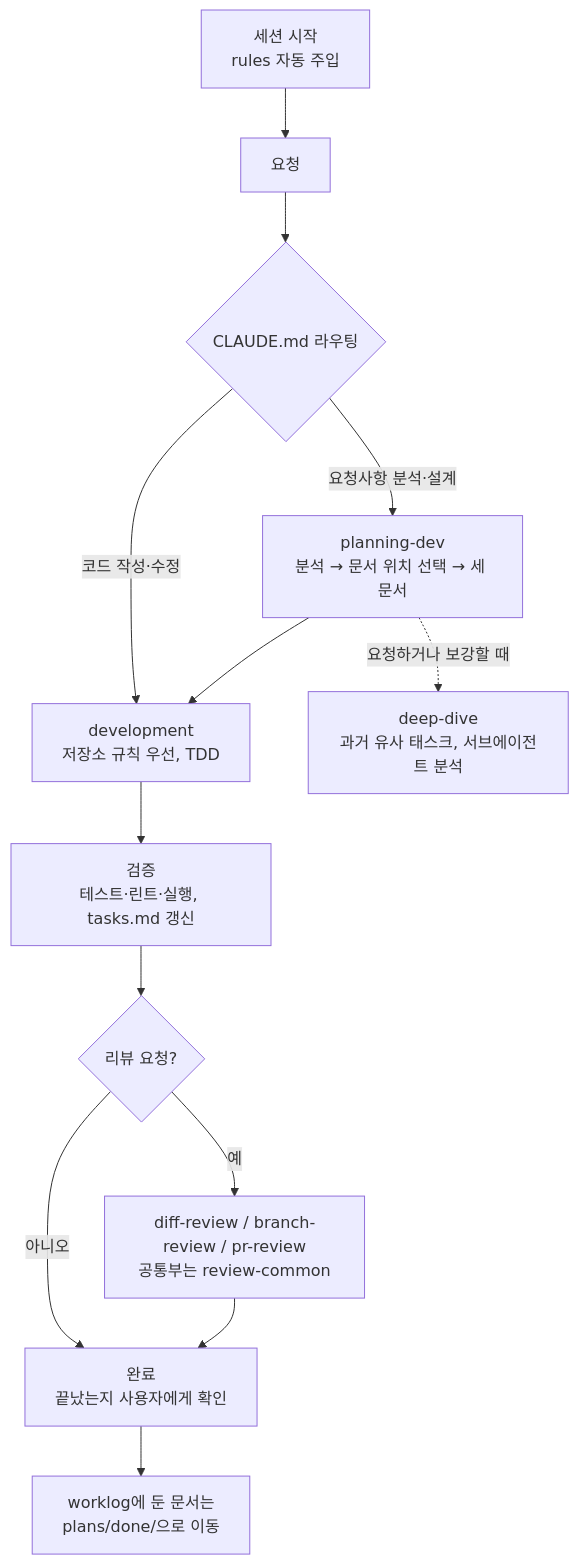
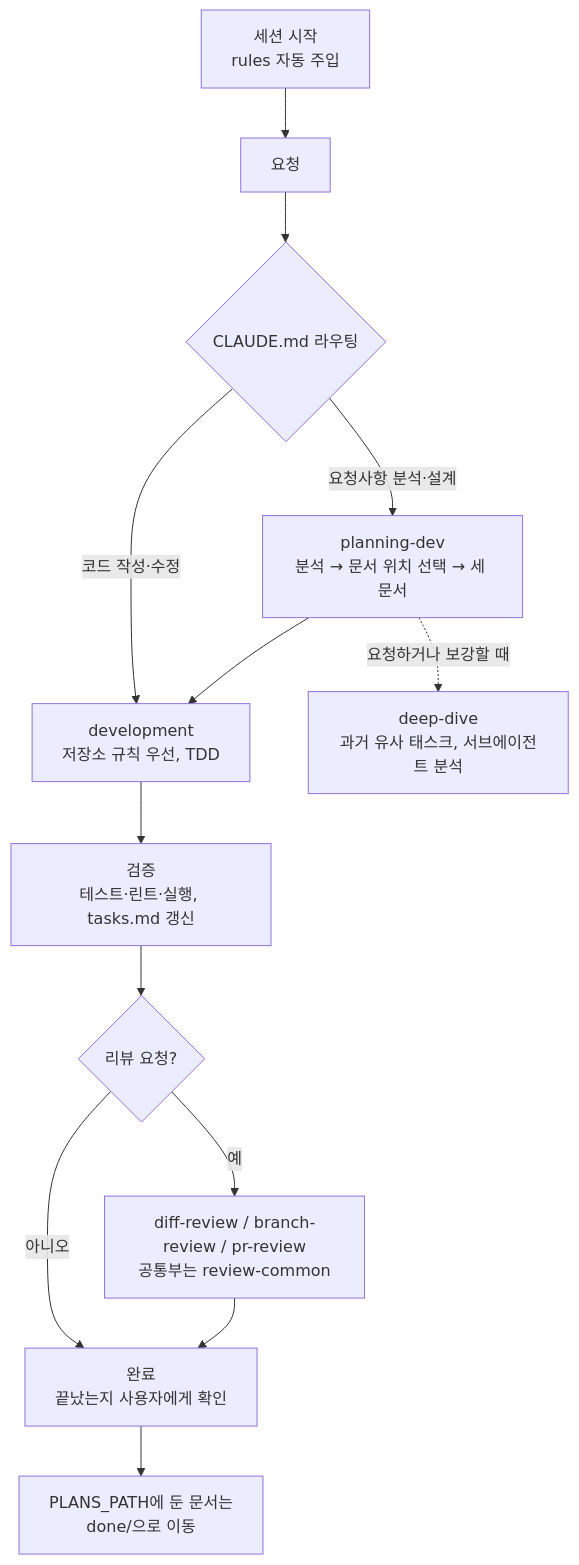
Before and after one commit to 1Dohyeon/claude-sync: the first of 2 diagrams in README.md, drawn with Mermaid. The commit also changed other lines of this file and 11 other files, not shown here.

````diff
--- a/README.md
+++ b/README.md
@@ -78,15 +78,15 @@
 ```mermaid
 flowchart TD
     A["세션 시작<br/>rules 자동 주입"] --> B["요청"]
     B --> C{"CLAUDE.md 라우팅"}
     C -->|"요청사항 분석·설계"| D["planning-dev<br/>분석 → 문서 위치 선택 → 세 문서"]
     C -->|"코드 작성·수정"| E["development<br/>저장소 규칙 우선, TDD"]
     D -.->|"요청하거나 보강할 때"| DD["deep-dive<br/>과거 유사 태스크, 서브에이전트 분석"]
     D --> E
     E --> F["검증<br/>테스트·린트·실행, tasks.md 갱신"]
     F --> G{"리뷰 요청?"}
     G -->|"예"| H["diff-review / branch-review / pr-review<br/>공통부는 review-common"]
     G -->|"아니오"| I["완료<br/>끝났는지 사용자에게 확인"]
     H --> I
-    I --> J["worklog에 둔 문서는<br/>plans/done/으로 이동"]
+    I --> J["PLANS_PATH에 둔 문서는<br/>done/으로 이동"]
 ```
````
